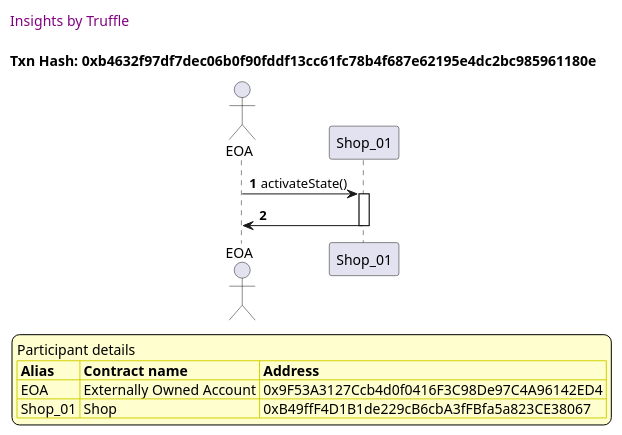
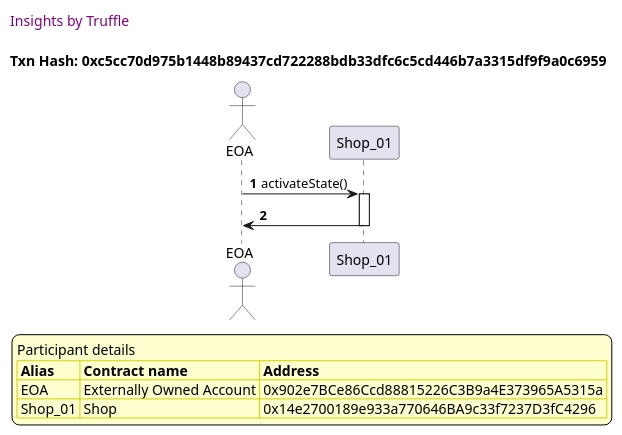
One commit to thedarkjester/ConsensysAssignment changed the second of 4 diagrams in truffle-seq/Shop_test_add_shop.md. Above: the diagram before and after it, drawn with PlantUML. The commit also changed other lines of this file and 13 other files, not shown here.

````diff
--- a/truffle-seq/Shop_test_add_shop.md
+++ b/truffle-seq/Shop_test_add_shop.md
@@ -59,37 +59,37 @@
 ```plantuml
 
 
 @startuml
 
 autonumber
 skinparam legendBackgroundColor #FEFECE
 
 <style>
       header {
         HorizontalAlignment left
         FontColor purple
         FontSize 14
         Padding 10
       }
     </style>
 
 header Insights by Truffle
 
-title Txn Hash: 0xb4632f97df7dec06b0f90fddf13cc61fc78b4f687e62195e4dc2bc985961180e
+title Txn Hash: 0xc5cc70d975b1448b89437cd722288bdb33dfc6c5cd446b7a3315df9f9a0c6959
 
 
 actor EOA as "EOA"
 participant Shop_01 as "Shop_01"
 
 "EOA" -> "Shop_01" ++: activateState()
 "Shop_01" -> "EOA" --: 
 
 legend
 Participant details
 <#FEFECE,#D0D000>|= Alias |= Contract name |= Address |
-<#FEFECE>| EOA | Externally Owned Account | 0x9F53A3127Ccb4d0f0416F3C98De97C4A96142ED4 |
-<#FEFECE>| Shop_01 | Shop | 0xB49ffF4D1B1de229cB6cbA3fFBfa5a823CE38067 |
+<#FEFECE>| EOA | Externally Owned Account | 0x902e7BCe86Ccd88815226C3B9a4E373965A5315a |
+<#FEFECE>| Shop_01 | Shop | 0x14e2700189e933a770646BA9c33f7237D3fC4296 |
 endlegend
 
 @enduml
 ```
````
